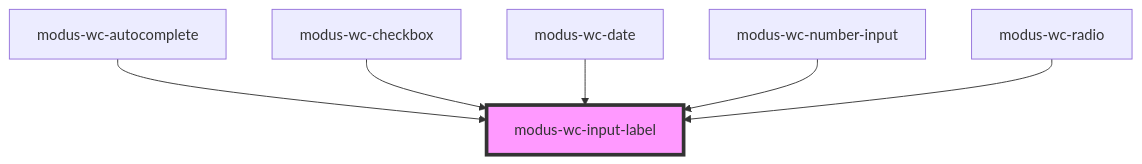
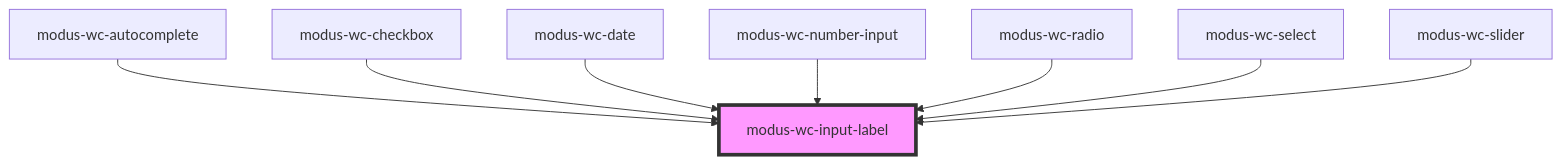
Before and after one commit to trimble-oss/modus-wc-2.0: the diagram in src/components/atoms/modus-wc-input-label/readme.md, drawn with Mermaid. The commit also changed other lines of this file and 20 other files, not shown here.

Commit message:
feat: add input label to select and slider components

````diff
--- a/src/components/atoms/modus-wc-input-label/readme.md
+++ b/src/components/atoms/modus-wc-input-label/readme.md
@@ -39,9 +41,11 @@
 ```mermaid
 graph TD;
   modus-wc-autocomplete --> modus-wc-input-label
   modus-wc-checkbox --> modus-wc-input-label
   modus-wc-date --> modus-wc-input-label
   modus-wc-number-input --> modus-wc-input-label
   modus-wc-radio --> modus-wc-input-label
+  modus-wc-select --> modus-wc-input-label
+  modus-wc-slider --> modus-wc-input-label
   style modus-wc-input-label fill:#f9f,stroke:#333,stroke-width:4px
 ```
````
